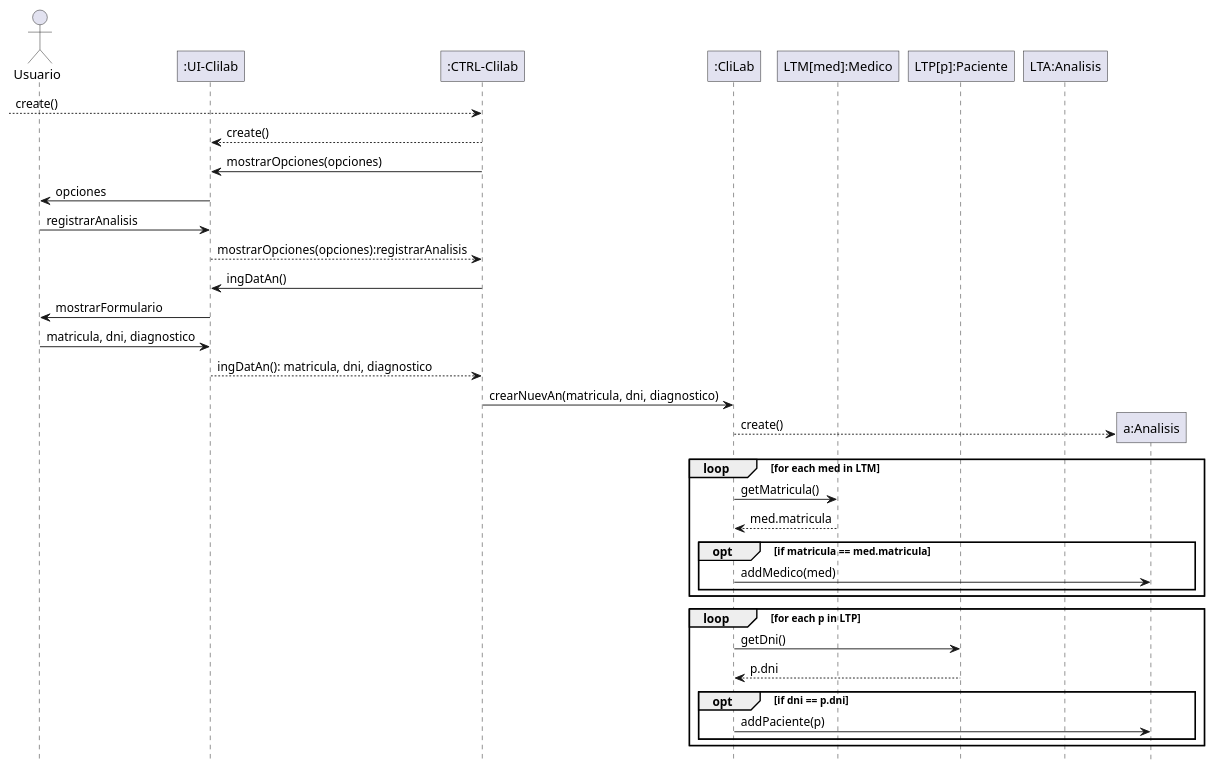
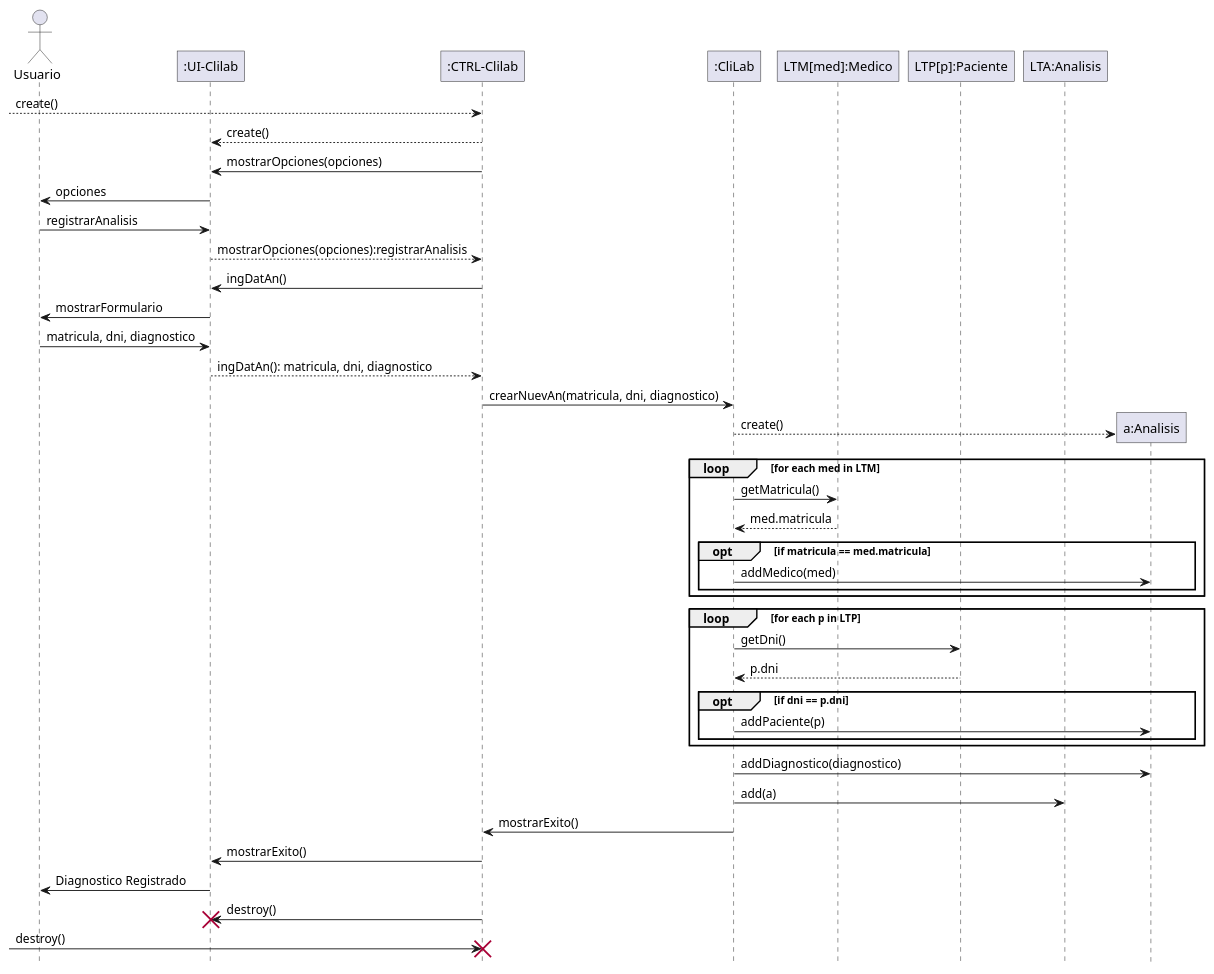
Before and after one commit to Z0SO/UML-Practice: the seventh of 7 diagrams in 1-Repaso recuperatorio/Repaso Recuperatorio.md, drawn with PlantUML. The commit also changed other lines of this file, not shown here.

Commit message:
bkp -> 2024-08-12 23:43:10

````diff
--- a/1-Repaso recuperatorio/Repaso Recuperatorio.md
+++ b/1-Repaso recuperatorio/Repaso Recuperatorio.md
@@ -611,11 +611,22 @@
 
 
 
+'me caga la vida la karim
 
+sistema -> analisis : addDiagnostico(diagnostico)
 
+sistema -> lta : add(a)
 
+sistema -> controlador : mostrarExito()
 
+controlador -> ui : mostrarExito()
 
+ui -> usuario : Diagnostico Registrado
 
+controlador -> ui : destroy()
+destroy ui
+
+controlador <-[ : destroy()
+destroy controlador
 
 ```
````
